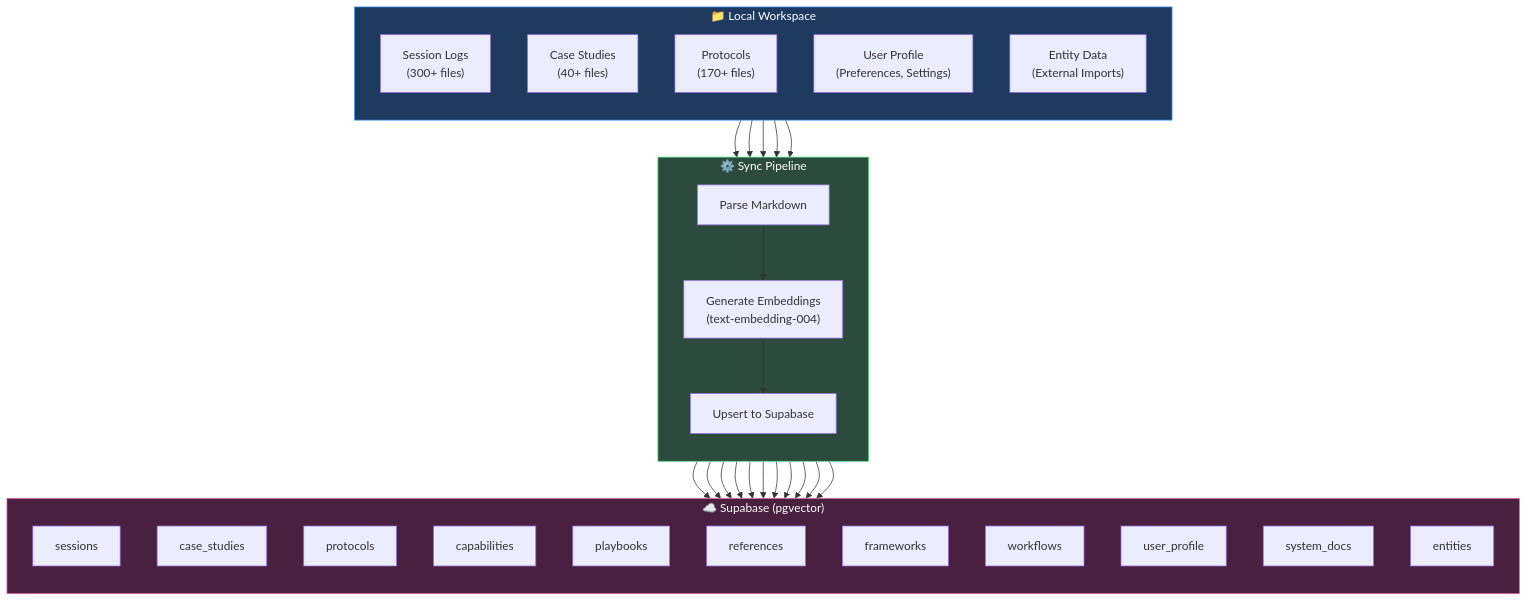
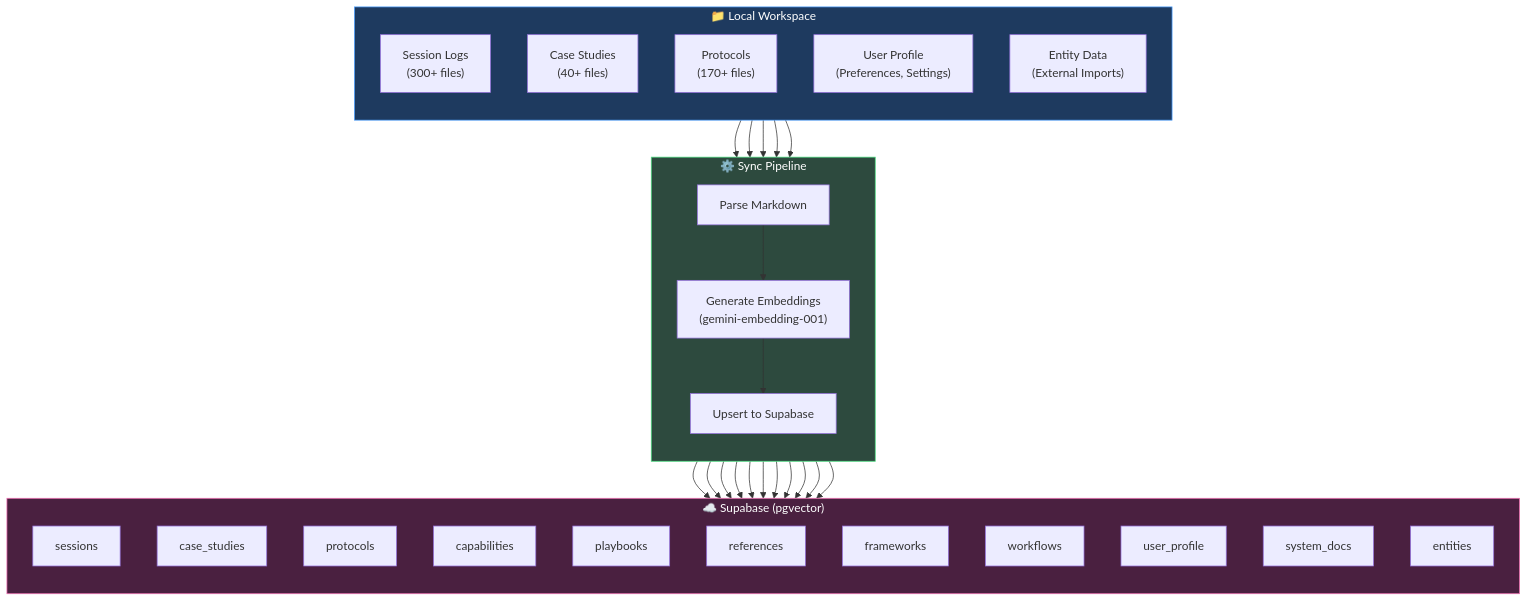
One commit to agent-memory-atlas-archive/winstonkoh87--Athena-Public changed the first of 3 diagrams in docs/VECTORRAG.md. Above: the diagram before and after it, drawn with Mermaid. The commit also changed other lines of this file and 7 other files, not shown here.

````diff
--- a/docs/VECTORRAG.md
+++ b/docs/VECTORRAG.md
@@ -43,47 +65,47 @@
 ```mermaid
 flowchart TB
     subgraph LOCAL["📁 Local Workspace"]
         direction TB
         SESSIONS["Session Logs<br/>(300+ files)"]
         CASES["Case Studies<br/>(40+ files)"]
         PROTOCOLS["Protocols<br/>(170+ files)"]
         PROFILE["User Profile<br/>(Preferences, Settings)"]
         ENTITIES["Entity Data<br/>(External Imports)"]
     end
     
     subgraph SYNC["⚙️ Sync Pipeline"]
         direction TB
         PARSE["Parse Markdown"]
-        EMBED["Generate Embeddings<br/>(text-embedding-004)"]
+        EMBED["Generate Embeddings<br/>(gemini-embedding-001)"]
         UPLOAD["Upsert to Supabase"]
     end
     
     subgraph CLOUD["☁️ Supabase (pgvector)"]
         direction TB
         T1["sessions"]
         T2["case_studies"]
         T3["protocols"]
         T4["capabilities"]
         T5["playbooks"]
         T6["references"]
         T7["frameworks"]
         T8["workflows"]
         T9["user_profile"]
         T10["system_docs"]
         T11["entities"]
     end
     
     SESSIONS --> PARSE
     CASES --> PARSE
     PROTOCOLS --> PARSE
     PROFILE --> PARSE
     ENTITIES --> PARSE
     
     PARSE --> EMBED
     EMBED --> UPLOAD
     UPLOAD --> T1 & T2 & T3 & T4 & T5 & T6 & T7 & T8 & T9 & T10 & T11
     
     style LOCAL fill:#1e3a5f,stroke:#4a9eff,color:#fff
     style SYNC fill:#2d4a3e,stroke:#4ade80,color:#fff
     style CLOUD fill:#4a2040,stroke:#f472b6,color:#fff
 ```
````
